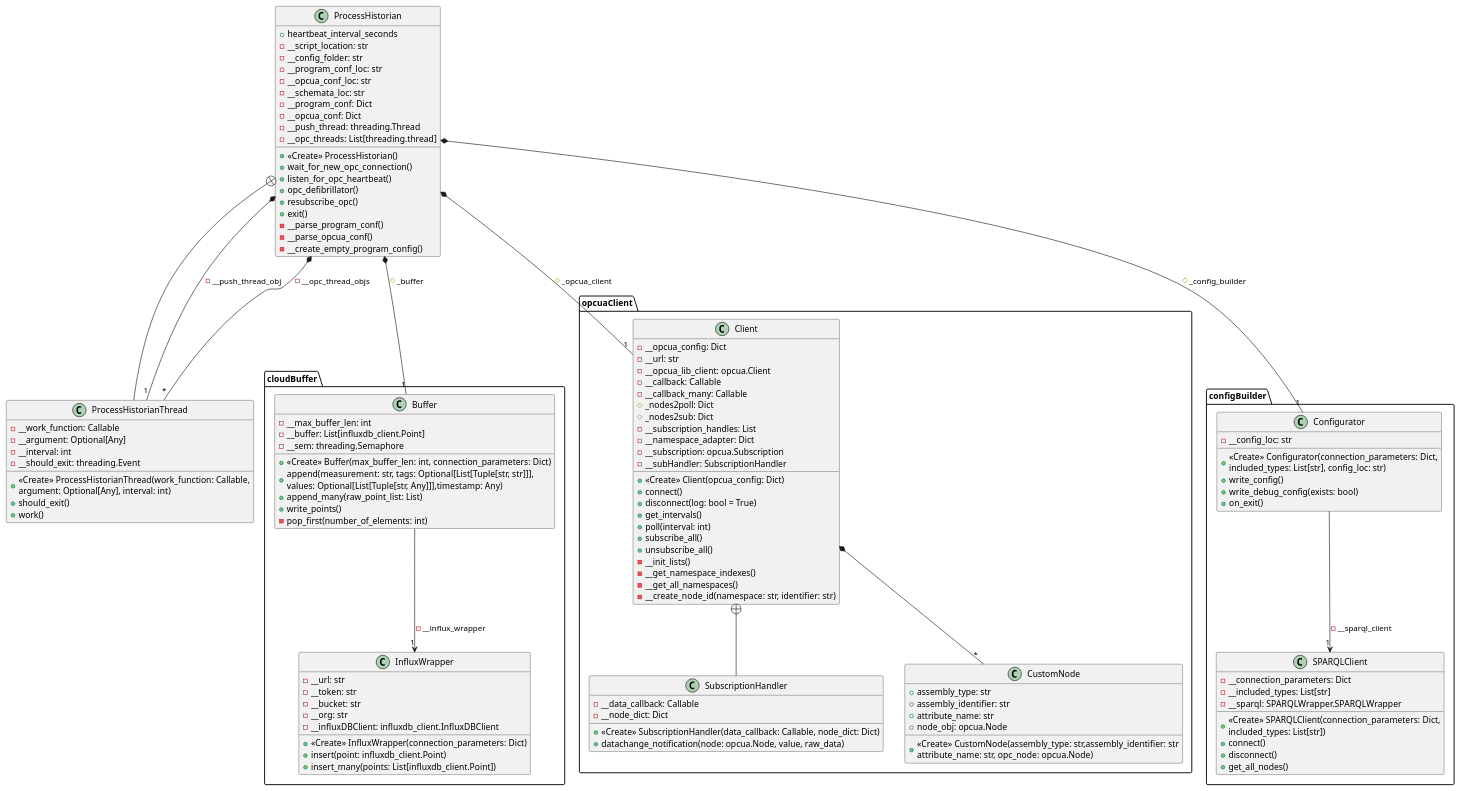
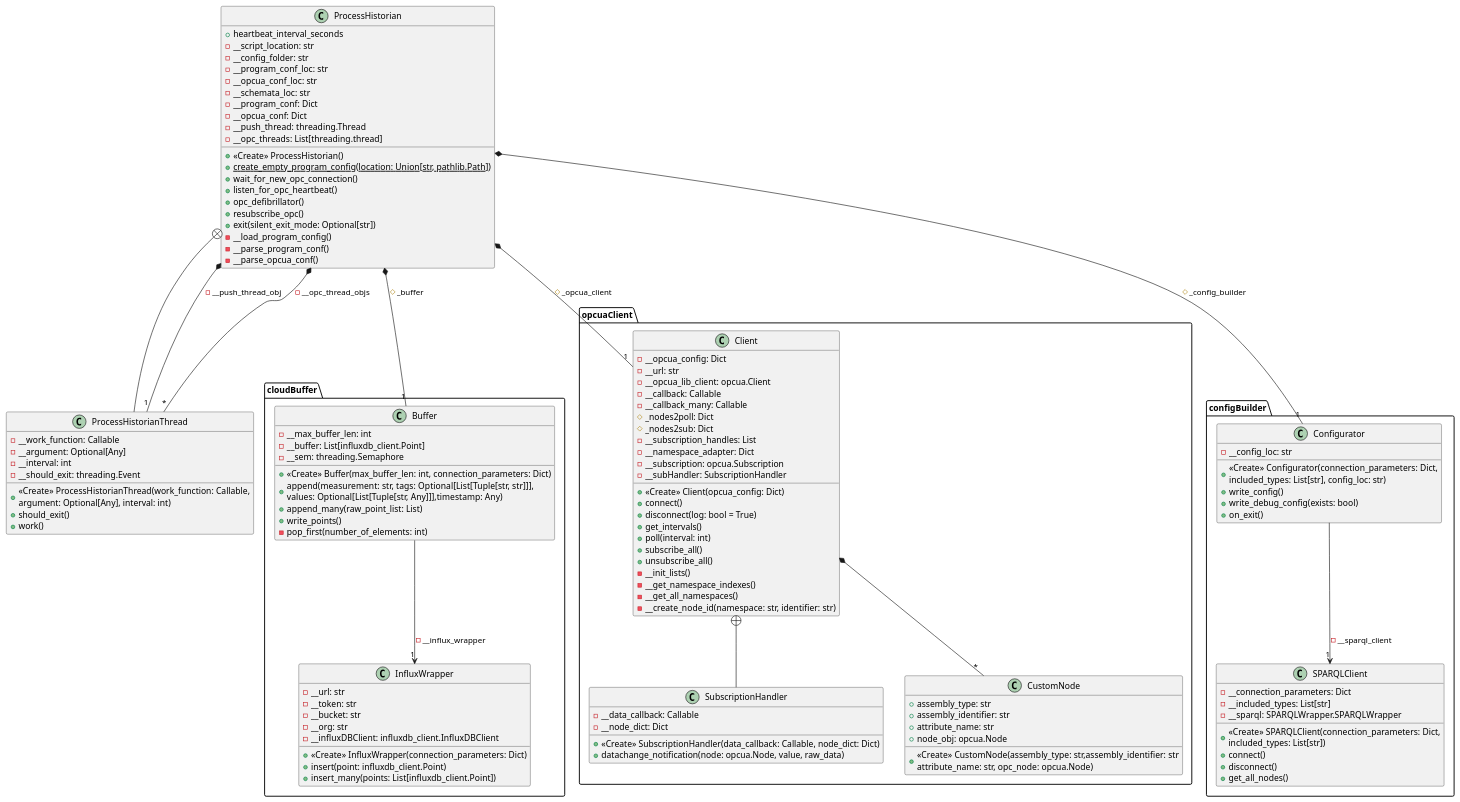
The diagram in documentation/architecture/class_diagram.pu (Praktikum-PvAS/process-historian), drawn with PlantUML before and after one commit.

Commit message:
Add changes from #37 to class_diagram.pu

```diff
--- a/documentation/architecture/class_diagram.pu
+++ b/documentation/architecture/class_diagram.pu
@@ -1,122 +1,123 @@
 @startuml "Process Historian"
 
 class cloudBuffer.Buffer {
     - __max_buffer_len: int
     - __buffer: List[influxdb_client.Point]
     - __sem: threading.Semaphore
     + <<Create>> Buffer(max_buffer_len: int, connection_parameters: Dict)
     + append(measurement: str, tags: Optional[List[Tuple[str, str]]],\nvalues: Optional[List[Tuple[str, Any]]],timestamp: Any)
     + append_many(raw_point_list: List)
     + write_points()
     - pop_first(number_of_elements: int)
 }
 class cloudBuffer.InfluxWrapper{
     - __url: str
     - __token: str
     - __bucket: str
     - __org: str
     - __influxDBClient: influxdb_client.InfluxDBClient
     + <<Create>> InfluxWrapper(connection_parameters: Dict)
     + insert(point: influxdb_client.Point)
     + insert_many(points: List[influxdb_client.Point])
 }
 cloudBuffer.Buffer --> "1" cloudBuffer.InfluxWrapper : - __influx_wrapper
 
 class opcuaClient.Client {
     - __opcua_config: Dict
     - __url: str
     - __opcua_lib_client: opcua.Client
     - __callback: Callable
     - __callback_many: Callable
     # _nodes2poll: Dict
     # _nodes2sub: Dict
     - __subscription_handles: List
     - __namespace_adapter: Dict
     - __subscription: opcua.Subscription
     - __subHandler: SubscriptionHandler
     +<<Create>> Client(opcua_config: Dict)
     + connect()
     + disconnect(log: bool = True)
     + get_intervals()
     + poll(interval: int)
     + subscribe_all()
     + unsubscribe_all()
     - __init_lists()
     - __get_namespace_indexes()
     - __get_all_namespaces()
     - __create_node_id(namespace: str, identifier: str)
 }
 class opcuaClient.SubscriptionHandler {
     - __data_callback: Callable
     - __node_dict: Dict
     + <<Create>> SubscriptionHandler(data_callback: Callable, node_dict: Dict)
     + datachange_notification(node: opcua.Node, value, raw_data)
 }
 class opcuaClient.CustomNode {
     + assembly_type: str
     + assembly_identifier: str
     + attribute_name: str
     + node_obj: opcua.Node
     + <<Create>> CustomNode(assembly_type: str,assembly_identifier: str\nattribute_name: str, opc_node: opcua.Node)
 }
 opcuaClient.Client +-- opcuaClient.SubscriptionHandler
 opcuaClient.Client *-- "*" opcuaClient.CustomNode
 
 
 class configBuilder.Configurator {
     - __config_loc: str
     + <<Create>> Configurator(connection_parameters: Dict,\nincluded_types: List[str], config_loc: str)
     + write_config()
     + write_debug_config(exists: bool)
     + on_exit()
 }
 class configBuilder.SPARQLClient{
     - __connection_parameters: Dict
     - __included_types: List[str]
     - __sparql: SPARQLWrapper.SPARQLWrapper
     + <<Create>> SPARQLClient(connection_parameters: Dict,\nincluded_types: List[str])
     + connect()
     + disconnect()
     + get_all_nodes()
 }
 configBuilder.Configurator --> "1" configBuilder.SPARQLClient: - __sparql_client
 
 class ProcessHistorian {
     + heartbeat_interval_seconds
     - __script_location: str
     - __config_folder: str
     - __program_conf_loc: str
     - __opcua_conf_loc: str
     - __schemata_loc: str
     - __program_conf: Dict
     - __opcua_conf: Dict
     - __push_thread: threading.Thread
     - __opc_threads: List[threading.thread]
     + <<Create>> ProcessHistorian()
+    + {static} create_empty_program_config(location: Union[str, pathlib.Path])
     + wait_for_new_opc_connection()
     + listen_for_opc_heartbeat()
     + opc_defibrillator()
     + resubscribe_opc()
-    + exit()
+    + exit(silent_exit_mode: Optional[str])
+    - __load_program_config()
     - __parse_program_conf()
     - __parse_opcua_conf()
-    - __create_empty_program_config()
 }
 ProcessHistorian *-- "1" cloudBuffer.Buffer: # _buffer
 ProcessHistorian *-- "1" opcuaClient.Client: # _opcua_client
 ProcessHistorian *-- "1" configBuilder.Configurator: # _config_builder
 ProcessHistorian +-- ProcessHistorianThread
 ProcessHistorian *-- "1" ProcessHistorianThread: - __push_thread_obj
 ProcessHistorian *-- "*" ProcessHistorianThread: - __opc_thread_objs
 
 class ProcessHistorianThread {
     - __work_function: Callable
     - __argument: Optional[Any]
     - __interval: int
     - __should_exit: threading.Event
     + <<Create>> ProcessHistorianThread(work_function: Callable,\nargument: Optional[Any], interval: int)
     + should_exit()
     + work()
 }
 
 @enduml
```
